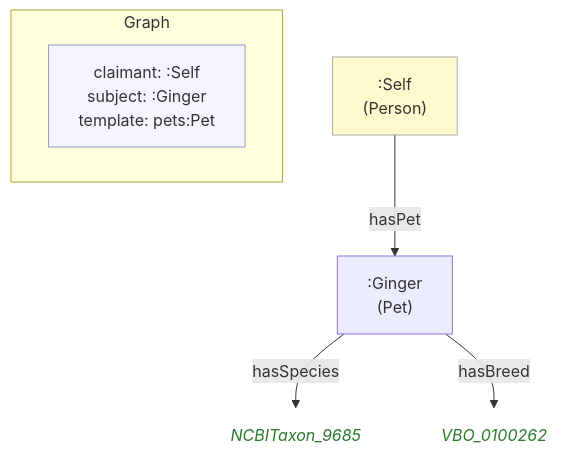
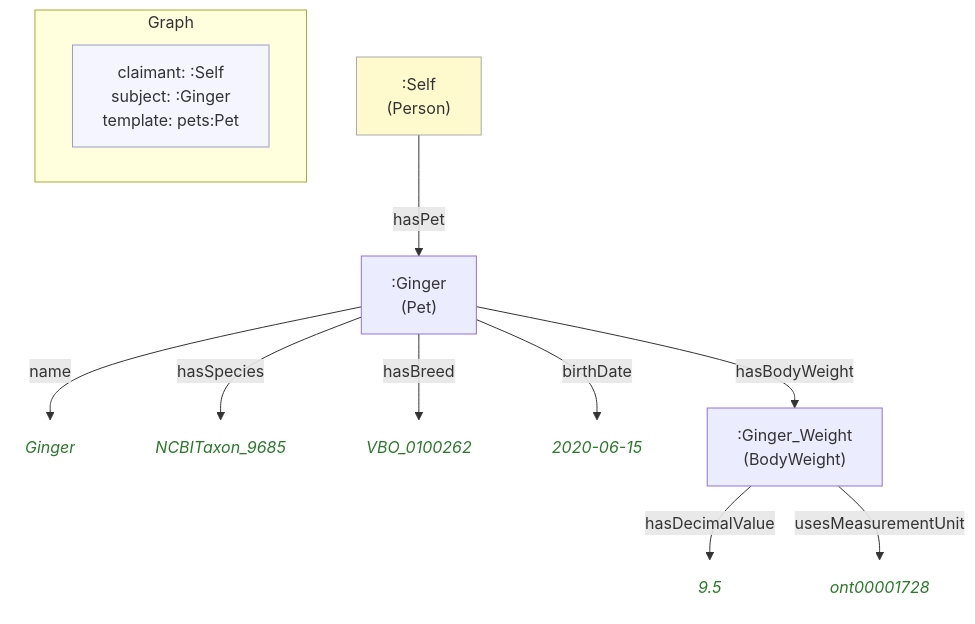
One commit to MeeFoundation/mia-ontologies changed the diagram in example/graphs/images/graph-37.mmd. Above: the diagram before and after it, drawn with Mermaid. The commit also changed 8 other files, not shown here.

```diff
--- a/example/graphs/images/graph-37.mmd
+++ b/example/graphs/images/graph-37.mmd
@@ -1,19 +1,29 @@
 flowchart TD
     classDef person fill:#fffacd,stroke:#aaa,color:#333
     classDef org    fill:#cce5ff,stroke:#aaa,color:#333
     classDef lit    fill:none,stroke:none,font-style:italic,color:#2a7a2a
     classDef meta   fill:#f5f5ff,stroke:#9999cc,color:#333
 
     subgraph ctx["Graph"]
         direction LR
         ctx_meta["claimant: :Self\nsubject: :Ginger\ntemplate: pets:Pet"]:::meta
     end
 
     nd44f902e3f9e[":Ginger\n(Pet)"]
+    n3ca0c7faebe5("Ginger"):::lit
     n956f63fdbc96("NCBITaxon_9685"):::lit
     n9e505e1dc69a("VBO_0100262"):::lit
+    ne20592b7b4fa("2020-06-15"):::lit
+    nd98aabc76a0e[":Ginger_Weight\n(BodyWeight)"]
+    nd93284aad1dc("9.5"):::lit
+    nfacd527fabed("ont00001728"):::lit
     ne0c3ba92f1db[":Self\n(Person)"]:::person
 
+    nd44f902e3f9e -->|"name"| n3ca0c7faebe5
     nd44f902e3f9e -->|"hasSpecies"| n956f63fdbc96
     nd44f902e3f9e -->|"hasBreed"| n9e505e1dc69a
+    nd44f902e3f9e -->|"birthDate"| ne20592b7b4fa
+    nd44f902e3f9e -->|"hasBodyWeight"| nd98aabc76a0e
+    nd98aabc76a0e -->|"hasDecimalValue"| nd93284aad1dc
+    nd98aabc76a0e -->|"usesMeasurementUnit"| nfacd527fabed
     ne0c3ba92f1db -->|"hasPet"| nd44f902e3f9e
```
